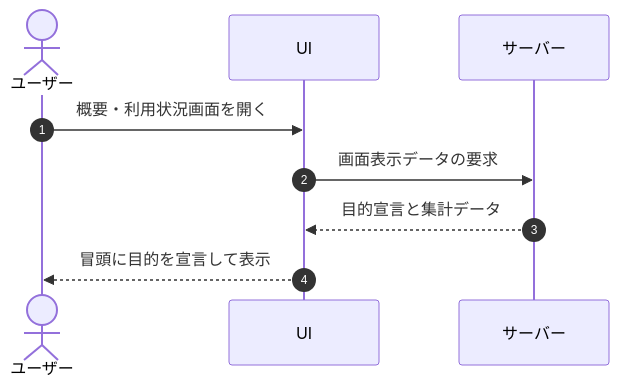
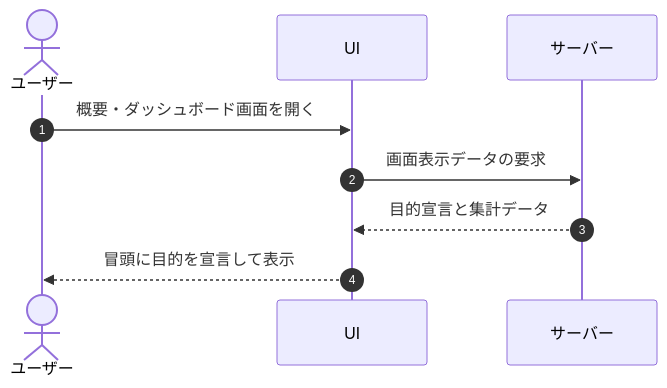
One commit to sikakou54/open-faq changed diagram 21 of 37 in 01_requirements/02_functional_requirement/03_usage-fr.md. Above: the diagram before and after it, drawn with Mermaid. The commit also changed other lines of this file and 191 other files, not shown here.

````diff
--- a/01_requirements/02_functional_requirement/03_usage-fr.md
+++ b/01_requirements/02_functional_requirement/03_usage-fr.md
@@ -574,11 +574,11 @@
 ```mermaid
 sequenceDiagram
   autonumber
   actor U as ユーザー
   participant UI as UI
   participant S as サーバー
-  U->>UI: 概要・利用状況画面を開く
+  U->>UI: 概要・ダッシュボード画面を開く
   UI->>S: 画面表示データの要求
   S-->>UI: 目的宣言と集計データ
   UI-->>U: 冒頭に目的を宣言して表示
 ```
````
